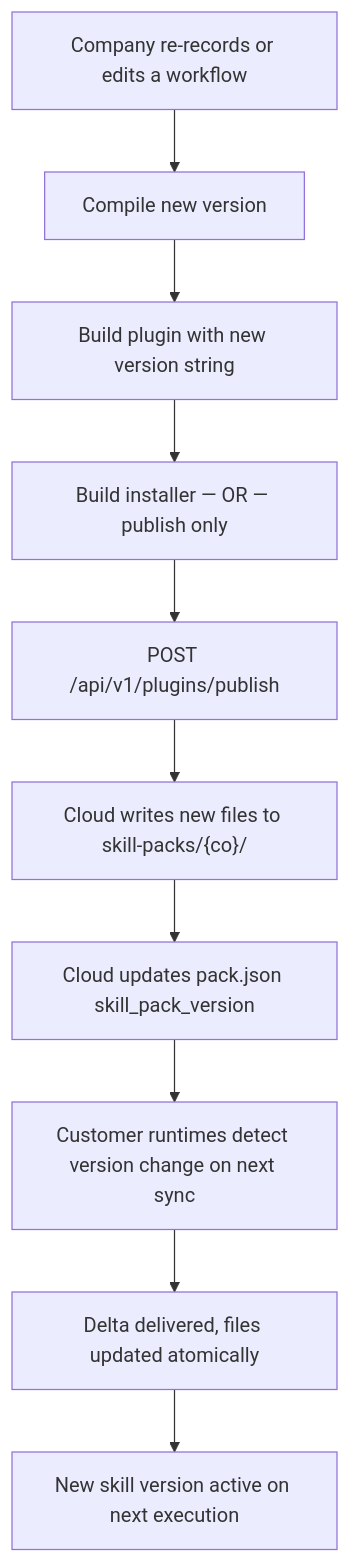
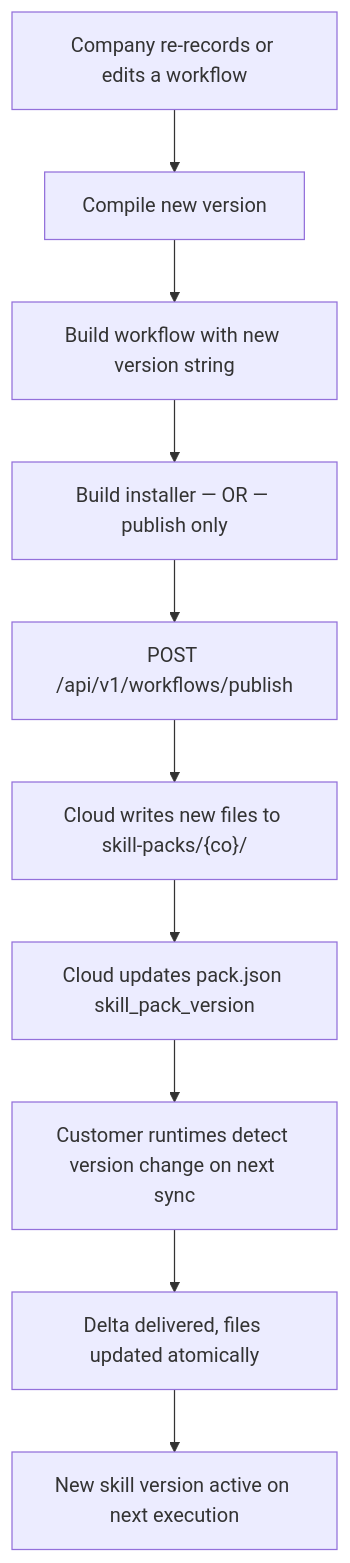
Before and after one commit to Cannonbold2412/CONXA: diagram 15 of 19 in docs/App-Flow.md, drawn with Mermaid. The commit also changed other lines of this file and 8 other files, not shown here.

First line of the commit message:
docs: update TRD/PRD/Backend-Schema/UI-UX-Brief for Workflow/SkillPack and pricing ladder

````diff
--- a/docs/App-Flow.md
+++ b/docs/App-Flow.md
@@ -534,12 +541,12 @@
 ```mermaid
 flowchart TD
     A[Company re-records or edits a workflow] --> B[Compile new version]
-    B --> C[Build plugin with new version string]
+    B --> C[Build workflow with new version string]
     C --> D[Build installer — OR — publish only]
-    D --> E[POST /api/v1/plugins/publish]
+    D --> E[POST /api/v1/workflows/publish]
     E --> F["Cloud writes new files to skill-packs/{co}/"]
     F --> G[Cloud updates pack.json skill_pack_version]
     G --> H[Customer runtimes detect version change on next sync]
     H --> I[Delta delivered, files updated atomically]
     I --> J[New skill version active on next execution]
 ```
````
